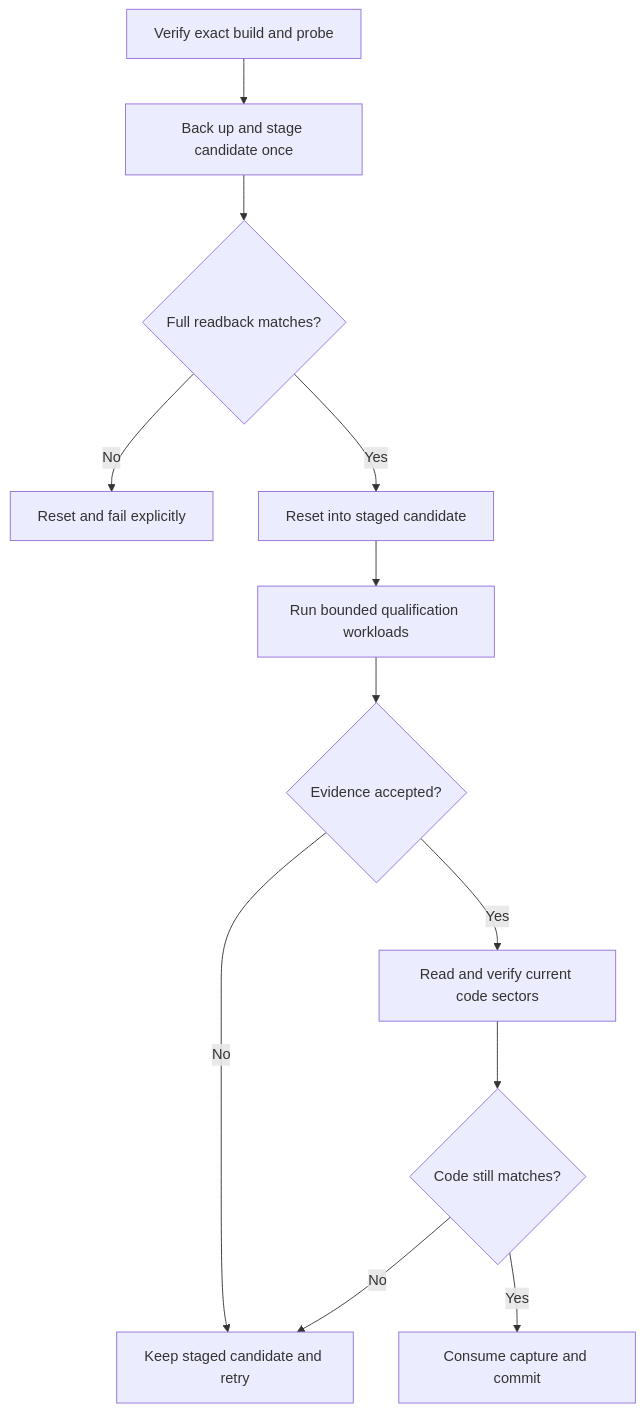
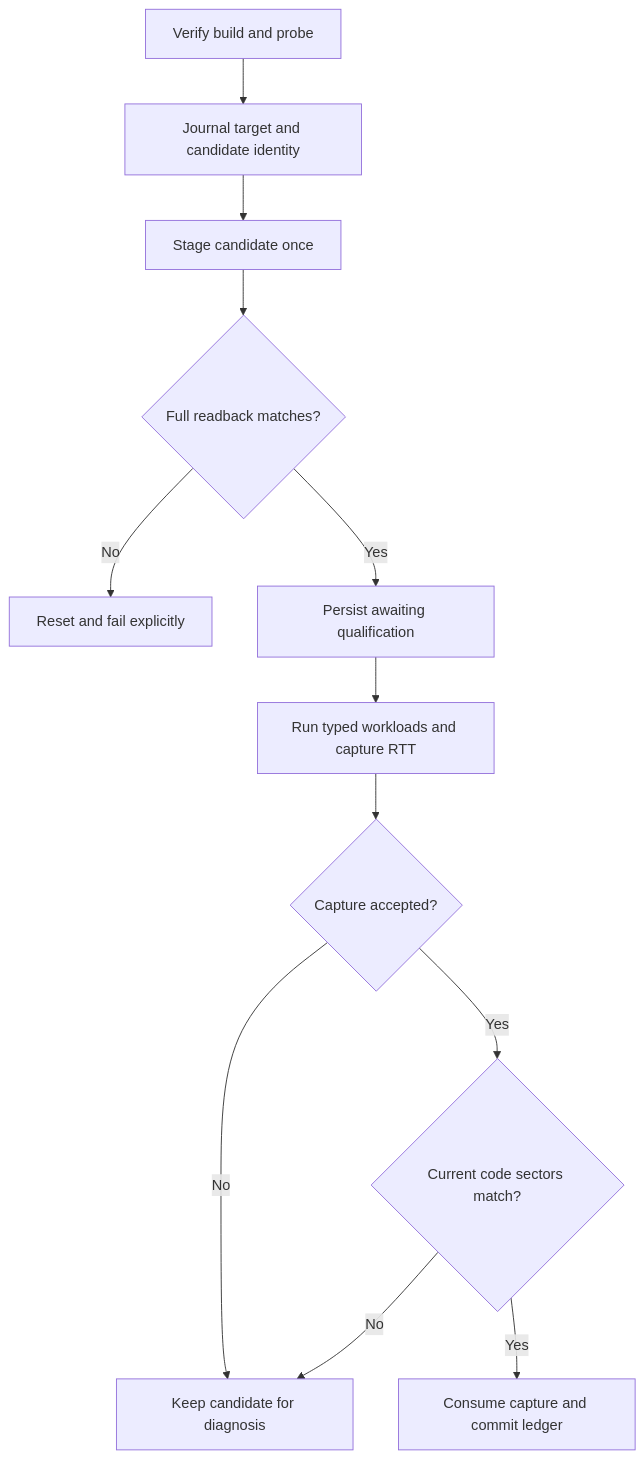
Before and after one commit to Jubliano-sama/IMEC2: the diagram in docs/wiki/11_verified-deployment-and-qualification.md, drawn with Mermaid. The commit also changed other lines of this file and 15 other files, not shown here.

````diff
--- a/docs/wiki/11_verified-deployment-and-qualification.md
+++ b/docs/wiki/11_verified-deployment-and-qualification.md
@@ -95,14 +104,14 @@
 ```mermaid
 graph TD
-    A["Verify exact build and probe"] --> B["Back up and stage candidate once"]
-    B --> C{"Full readback matches?"}
-    C -->|"No"| D["Reset and fail explicitly"]
-    C -->|"Yes"| E["Reset into staged candidate"]
-    E --> F["Run bounded qualification workloads"]
-    F --> G{"Evidence accepted?"}
-    G -->|"No"| H["Keep staged candidate and retry"]
-    G -->|"Yes"| I["Read and verify current code sectors"]
-    I --> J{"Code still matches?"}
-    J -->|"No"| H
-    J -->|"Yes"| K["Consume capture and commit"]
+    A["Verify build and probe"] --> B["Journal target and candidate identity"]
+    B --> C["Stage candidate once"]
+    C --> D{"Full readback matches?"}
+    D -->|"No"| E["Reset and fail explicitly"]
+    D -->|"Yes"| F["Persist awaiting qualification"]
+    F --> G["Run typed workloads and capture RTT"]
+    G --> H{"Capture accepted?"}
+    H -->|"No"| I["Keep candidate for diagnosis"]
+    H -->|"Yes"| J{"Current code sectors match?"}
+    J -->|"No"| I
+    J -->|"Yes"| K["Consume capture and commit ledger"]
 ```
````
